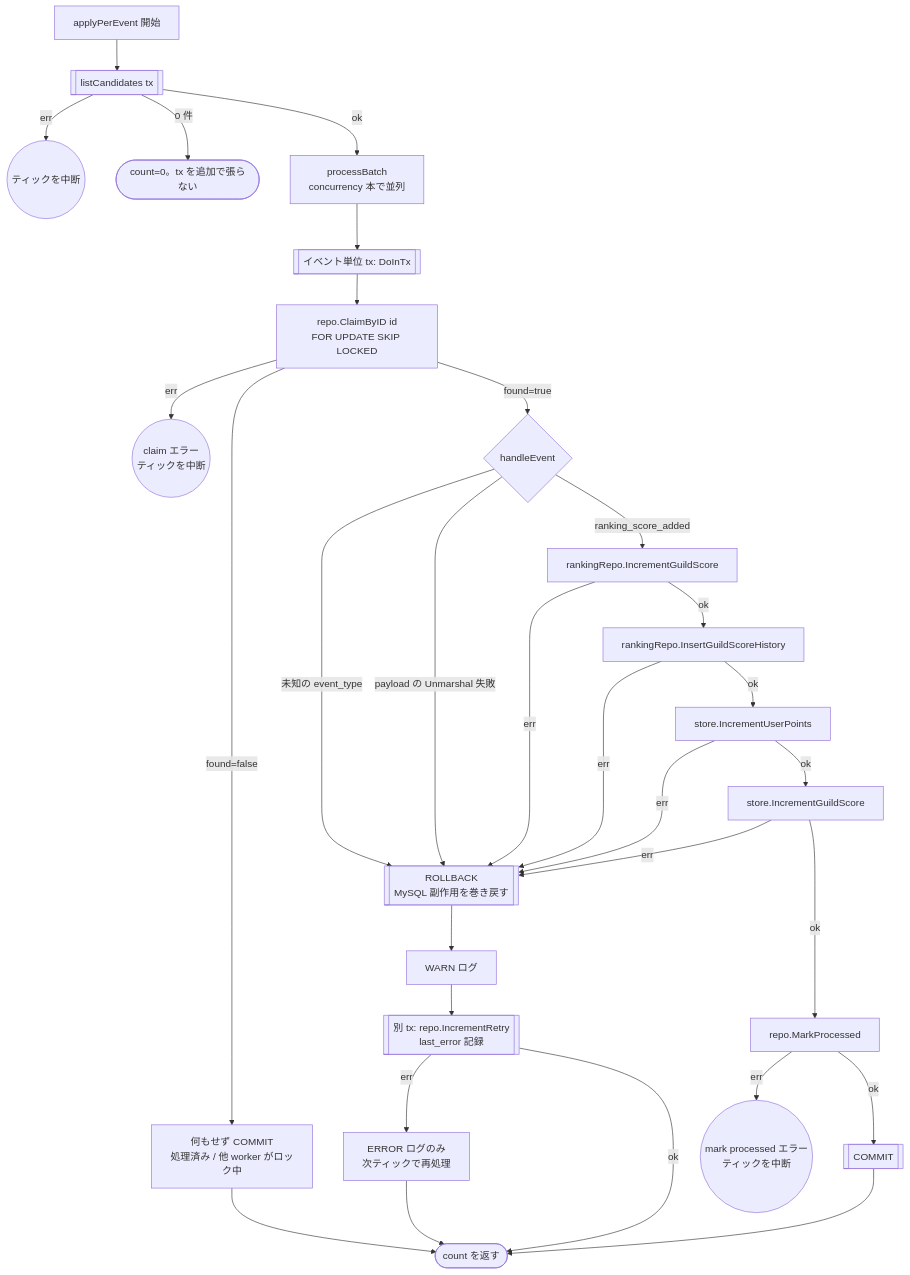
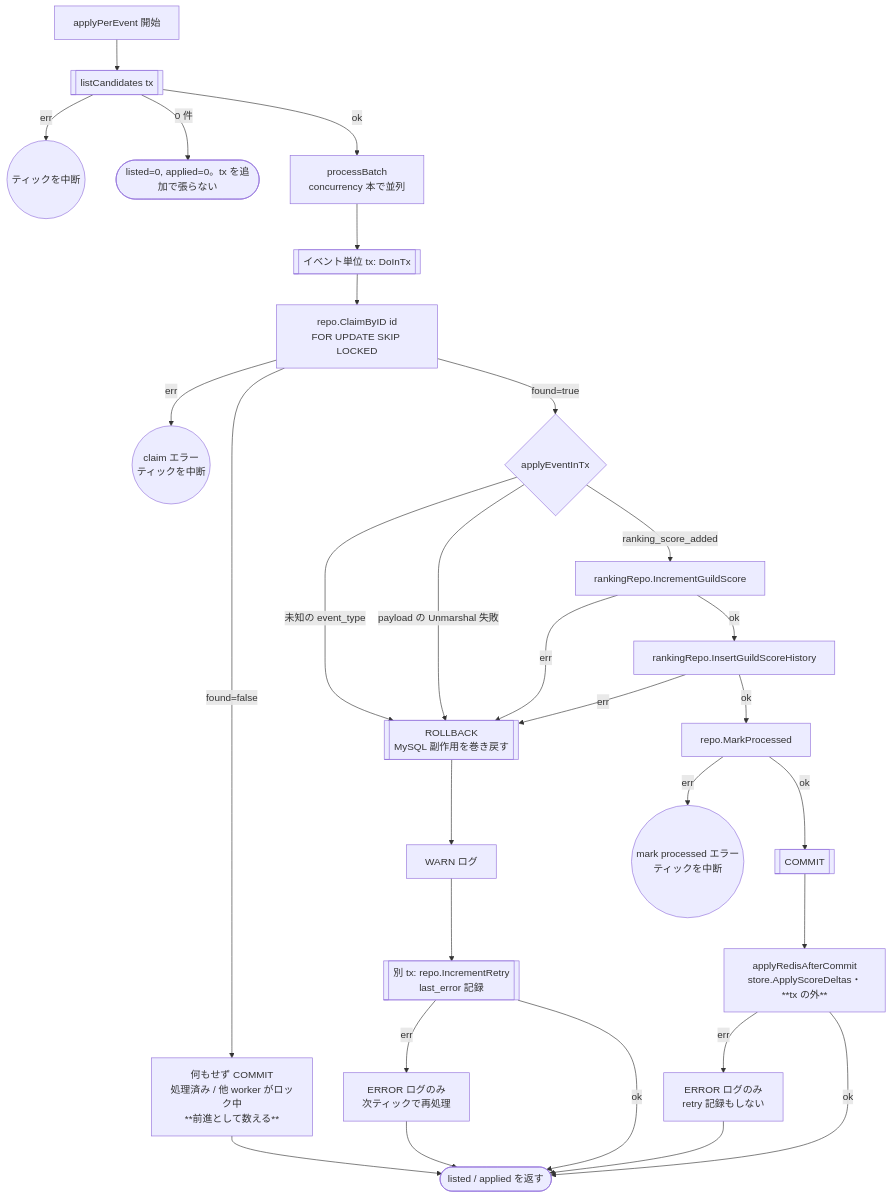
One commit to uchidas-rogue/game-api-sample changed the fourth of 4 diagrams in docs/testing/outbox-worker.md. Above: the diagram before and after it, drawn with Mermaid. The commit also changed other lines of this file and 7 other files, not shown here.

````diff
--- a/docs/testing/outbox-worker.md
+++ b/docs/testing/outbox-worker.md
@@ -161,36 +245,35 @@
 ```mermaid
 flowchart TD
     PA[applyPerEvent 開始] --> LC[[listCandidates tx]]
     LC -- err --> PE0((ティックを中断))
-    LC -- 0 件 --> PZ0([count=0。tx を追加で張らない])
+    LC -- 0 件 --> PZ0([listed=0, applied=0。tx を追加で張らない])
     LC -- ok --> PB[processBatch<br/>concurrency 本で並列]
 
     PB --> P1[[イベント単位 tx: DoInTx]]
     P1 --> P2[repo.ClaimByID id<br/>FOR UPDATE SKIP LOCKED]
     P2 -- err --> PE1((claim エラー<br/>ティックを中断))
-    P2 -- found=false --> PS[何もせず COMMIT<br/>処理済み / 他 worker がロック中]
-    PS --> PZ([count を返す])
-    P2 -- found=true --> H{handleEvent}
+    P2 -- found=false --> PS[何もせず COMMIT<br/>処理済み / 他 worker がロック中<br/>**前進として数える**]
+    PS --> PZ([listed / applied を返す])
+    P2 -- found=true --> H{applyEventInTx}
 
     H -- 未知の event_type --> RB
     H -- payload の Unmarshal 失敗 --> RB
     H -- ranking_score_added --> M1[rankingRepo.IncrementGuildScore]
     M1 -- err --> RB
     M1 -- ok --> M2[rankingRepo.InsertGuildScoreHistory]
     M2 -- err --> RB
-    M2 -- ok --> R1[store.IncrementUserPoints]
-    R1 -- err --> RB
-    R1 -- ok --> R2[store.IncrementGuildScore]
-    R2 -- err --> RB
-    R2 -- ok --> MK[repo.MarkProcessed]
+    M2 -- ok --> MK[repo.MarkProcessed]
 
     MK -- err --> PE2((mark processed エラー<br/>ティックを中断))
     MK -- ok --> CM[[COMMIT]]
-    CM --> PZ
+    CM --> R[applyRedisAfterCommit<br/>store.ApplyScoreDeltas・**tx の外**]
+    R -- err --> RE[ERROR ログのみ<br/>retry 記録もしない]
+    R -- ok --> PZ
+    RE --> PZ
 
     RB[[ROLLBACK<br/>MySQL 副作用を巻き戻す]] --> W[WARN ログ]
     W --> RT[[別 tx: repo.IncrementRetry<br/>last_error 記録]]
     RT -- err --> RTE[ERROR ログのみ<br/>次ティックで再処理]
     RT -- ok --> PZ
     RTE --> PZ
 ```
````
